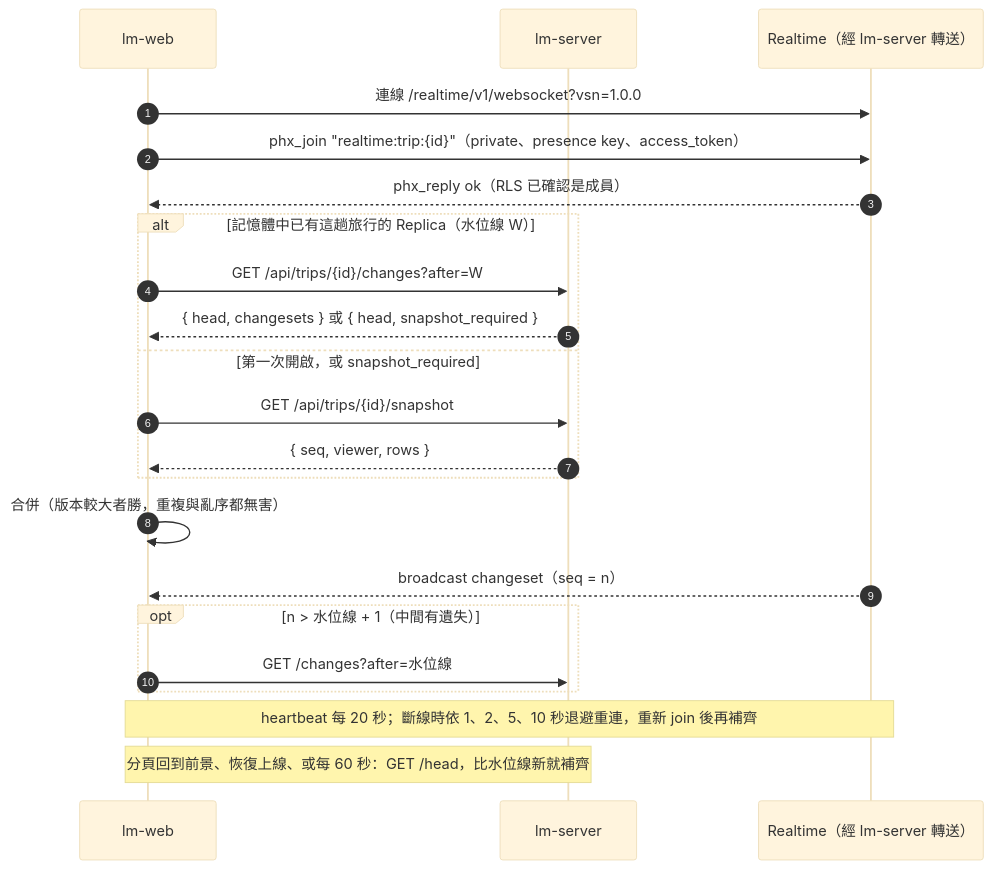
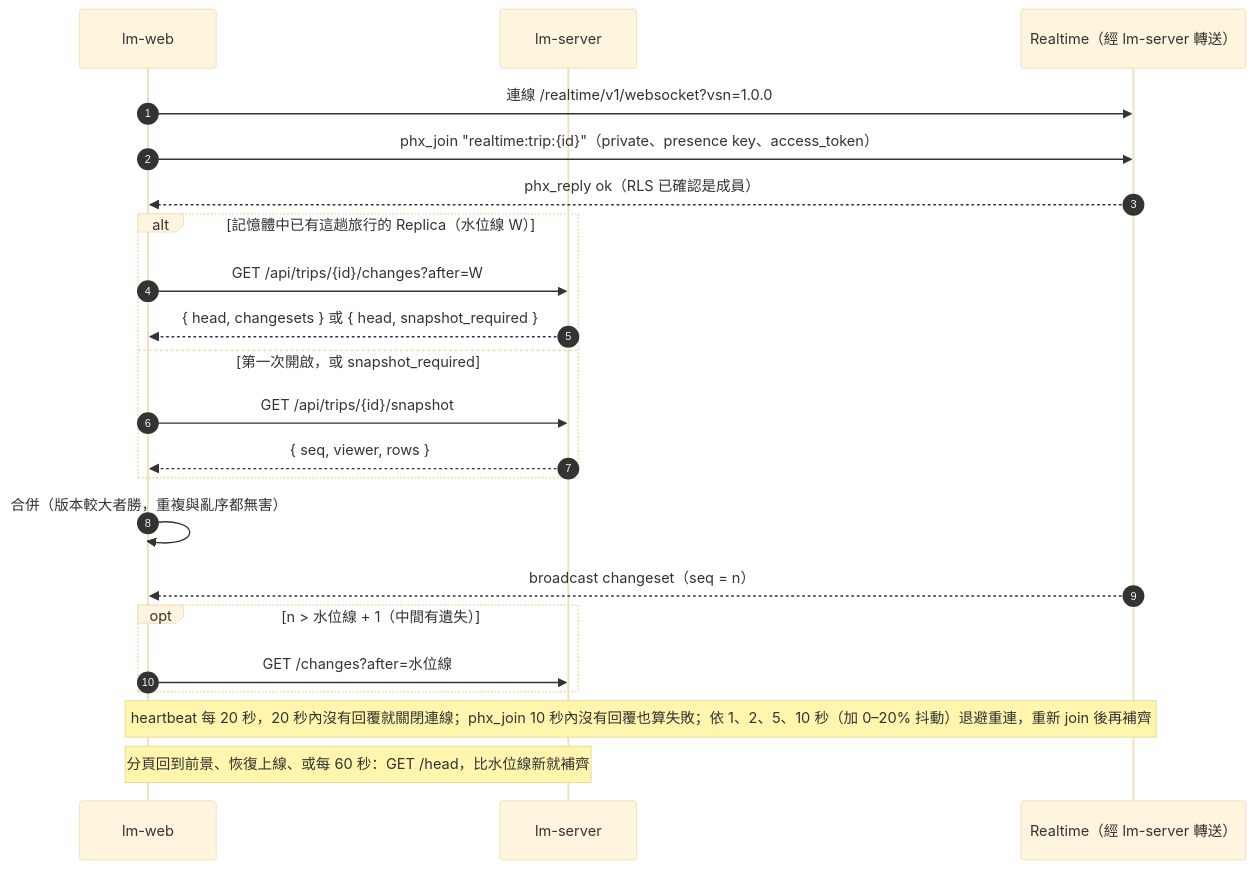
One commit to Raigorlin/little-moments changed the third of 5 diagrams in .kiro/specs/rust-supabase-rewrite/design.md. Above: the diagram before and after it, drawn with Mermaid (base theme). The commit also changed other lines of this file and 2 other files, not shown here.

````diff
--- a/.kiro/specs/rust-supabase-rewrite/design.md
+++ b/.kiro/specs/rust-supabase-rewrite/design.md
@@ -187,24 +191,24 @@
 ```mermaid
 sequenceDiagram
   autonumber
   participant C as lm-web
   participant S as lm-server
   participant RT as Realtime（經 lm-server 轉送）
   C->>RT: 連線 /realtime/v1/websocket?vsn=1.0.0
   C->>RT: phx_join "realtime:trip:{id}"（private、presence key、access_token）
   RT-->>C: phx_reply ok（RLS 已確認是成員）
   alt 記憶體中已有這趟旅行的 Replica（水位線 W）
     C->>S: GET /api/trips/{id}/changes?after=W
     S-->>C: { head, changesets } 或 { head, snapshot_required }
   else 第一次開啟，或 snapshot_required
     C->>S: GET /api/trips/{id}/snapshot
     S-->>C: { seq, viewer, rows }
   end
   C->>C: 合併（版本較大者勝，重複與亂序都無害）
   RT-->>C: broadcast changeset（seq = n）
   opt n > 水位線 + 1（中間有遺失）
     C->>S: GET /changes?after=水位線
   end
-  Note over C,RT: heartbeat 每 20 秒；斷線時依 1、2、5、10 秒退避重連，重新 join 後再補齊
+  Note over C,RT: heartbeat 每 20 秒，20 秒內沒有回覆就關閉連線；phx_join 10 秒內沒有回覆也算失敗；依 1、2、5、10 秒（加 0–20% 抖動）退避重連，重新 join 後再補齊
   Note over C,S: 分頁回到前景、恢復上線、或每 60 秒：GET /head，比水位線新就補齊
 ```
````
